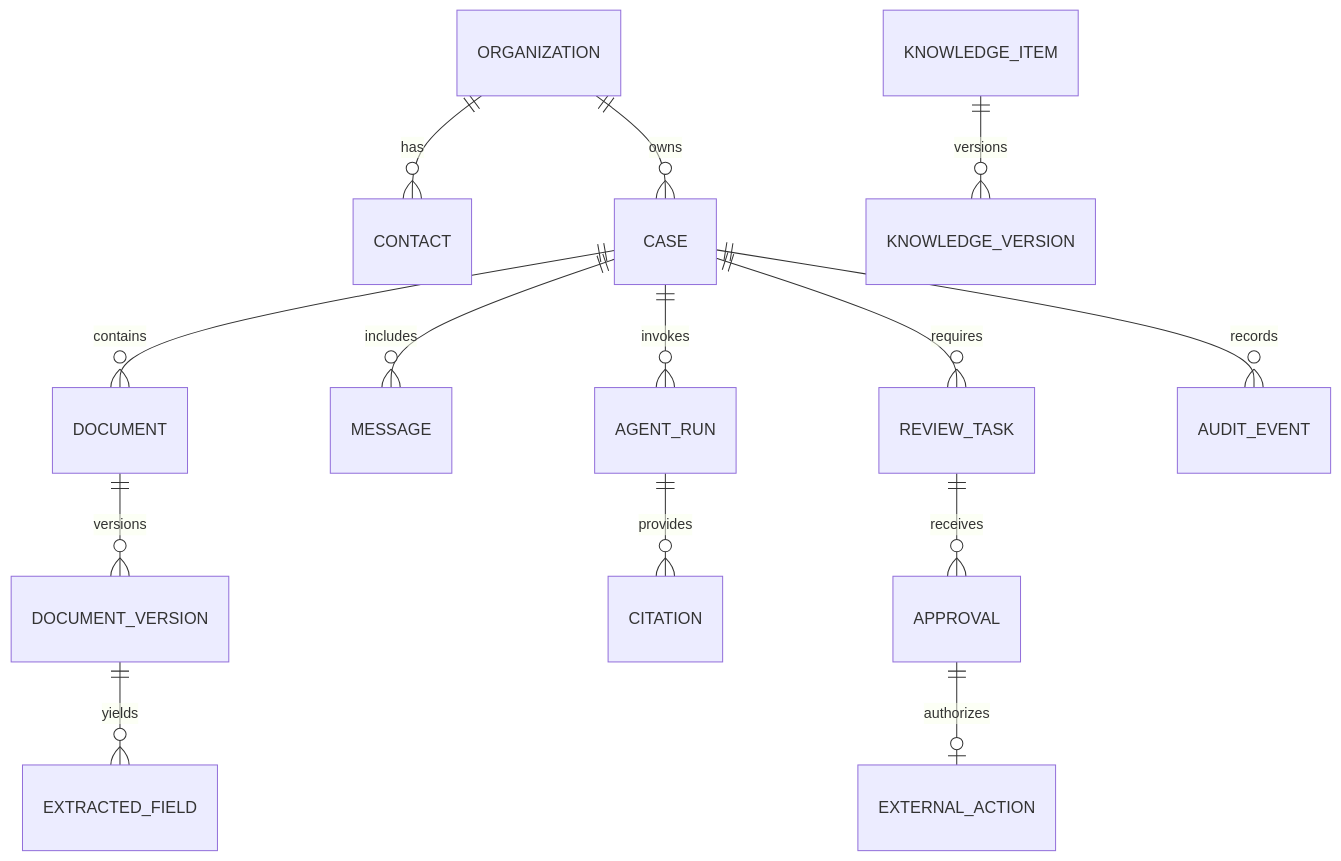
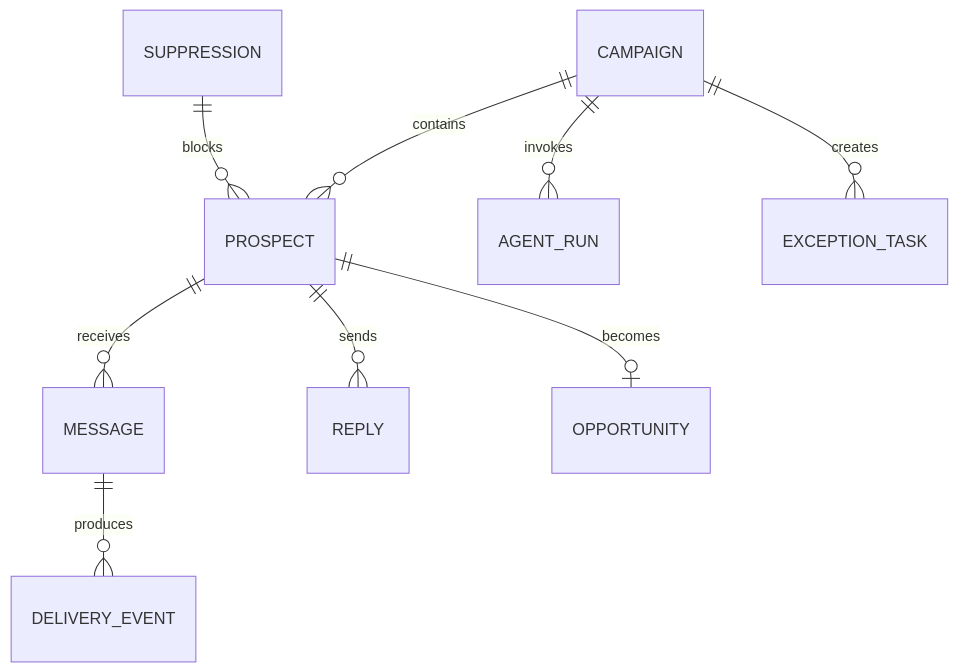
The third of 3 diagrams in 承析國際_AI系統分析與實踐書.md (LCKuo/---Agent), drawn with Mermaid before and after one commit. The commit also changed other lines of this file and 2 other files, not shown here.

Commit message:
Refocus agent on automated email customer development

````diff
--- a/承析國際_AI系統分析與實踐書.md
+++ b/承析國際_AI系統分析與實踐書.md
@@ -271,16 +202,11 @@
 ```mermaid
 erDiagram
-  ORGANIZATION ||--o{ CONTACT : has
-  ORGANIZATION ||--o{ CASE : owns
-  CASE ||--o{ DOCUMENT : contains
-  DOCUMENT ||--o{ DOCUMENT_VERSION : versions
-  DOCUMENT_VERSION ||--o{ EXTRACTED_FIELD : yields
-  CASE ||--o{ MESSAGE : includes
-  CASE ||--o{ AGENT_RUN : invokes
-  AGENT_RUN ||--o{ CITATION : provides
-  CASE ||--o{ REVIEW_TASK : requires
-  REVIEW_TASK ||--o{ APPROVAL : receives
-  APPROVAL ||--o| EXTERNAL_ACTION : authorizes
-  CASE ||--o{ AUDIT_EVENT : records
-  KNOWLEDGE_ITEM ||--o{ KNOWLEDGE_VERSION : versions
+  CAMPAIGN ||--o{ PROSPECT : contains
+  PROSPECT ||--o{ MESSAGE : receives
+  MESSAGE ||--o{ DELIVERY_EVENT : produces
+  PROSPECT ||--o{ REPLY : sends
+  PROSPECT ||--o| OPPORTUNITY : becomes
+  CAMPAIGN ||--o{ AGENT_RUN : invokes
+  CAMPAIGN ||--o{ EXCEPTION_TASK : creates
+  SUPPRESSION ||--o{ PROSPECT : blocks
 ```
````
